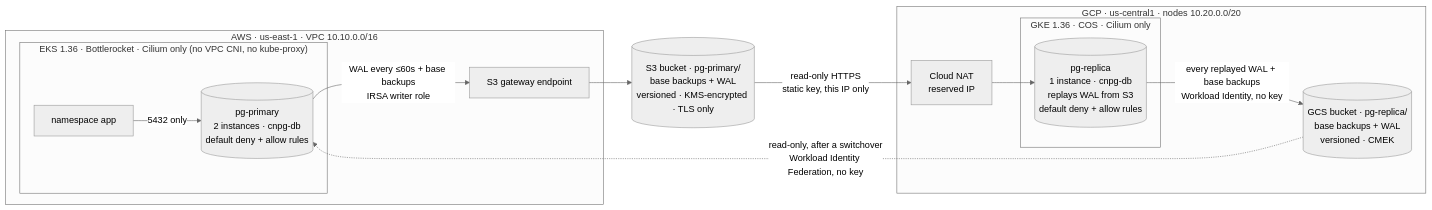
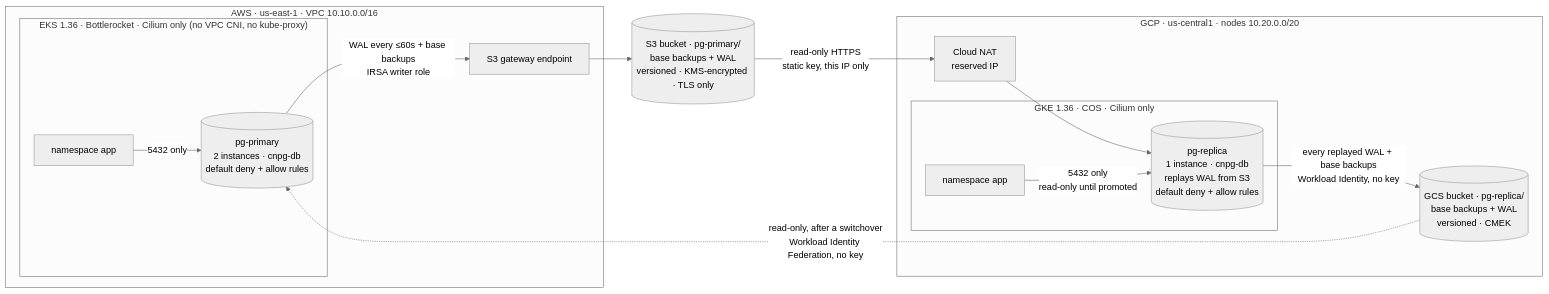
One commit to william-stewart/poc-multicloud-postgres changed the diagram in README.md. Above: the diagram before and after it, drawn with Mermaid (neutral theme). The commit also changed other lines of this file and 12 other files, not shown here.

````diff
--- a/README.md
+++ b/README.md
@@ -12,28 +12,30 @@
 ```mermaid
 flowchart LR
   subgraph AWS["AWS · us-east-1 · VPC 10.10.0.0/16"]
     subgraph EKS["EKS 1.36 · Bottlerocket · Cilium only (no VPC CNI, no kube-proxy)"]
       app["namespace app"]
       primary[("pg-primary<br/>2 instances · cnpg-db<br/>default deny + allow rules")]
     end
     vpce["S3 gateway endpoint"]
   end
 
   s3[("S3 bucket · pg-primary/<br/>base backups + WAL<br/>versioned · KMS-encrypted · TLS only")]
 
   subgraph GCP["GCP · us-central1 · nodes 10.20.0.0/20"]
     subgraph GKE["GKE 1.36 · COS · Cilium only"]
+      app2["namespace app"]
       replica[("pg-replica<br/>1 instance · cnpg-db<br/>replays WAL from S3<br/>default deny + allow rules")]
     end
     nat["Cloud NAT<br/>reserved IP"]
     gcs[("GCS bucket · pg-replica/<br/>base backups + WAL<br/>versioned · CMEK")]
   end
 
   app -- "5432 only" --> primary
   primary -- "WAL every ≤60s + base backups<br/>IRSA writer role" --> vpce
   vpce --> s3
   s3 -- "read-only HTTPS<br/>static key, this IP only" --> nat
   nat --> replica
   replica -- "every replayed WAL + base backups<br/>Workload Identity, no key" --> gcs
+  app2 -- "5432 only<br/>read-only until promoted" --> replica
   gcs -. "read-only, after a switchover<br/>Workload Identity Federation, no key" .-> primary
 ```
````
